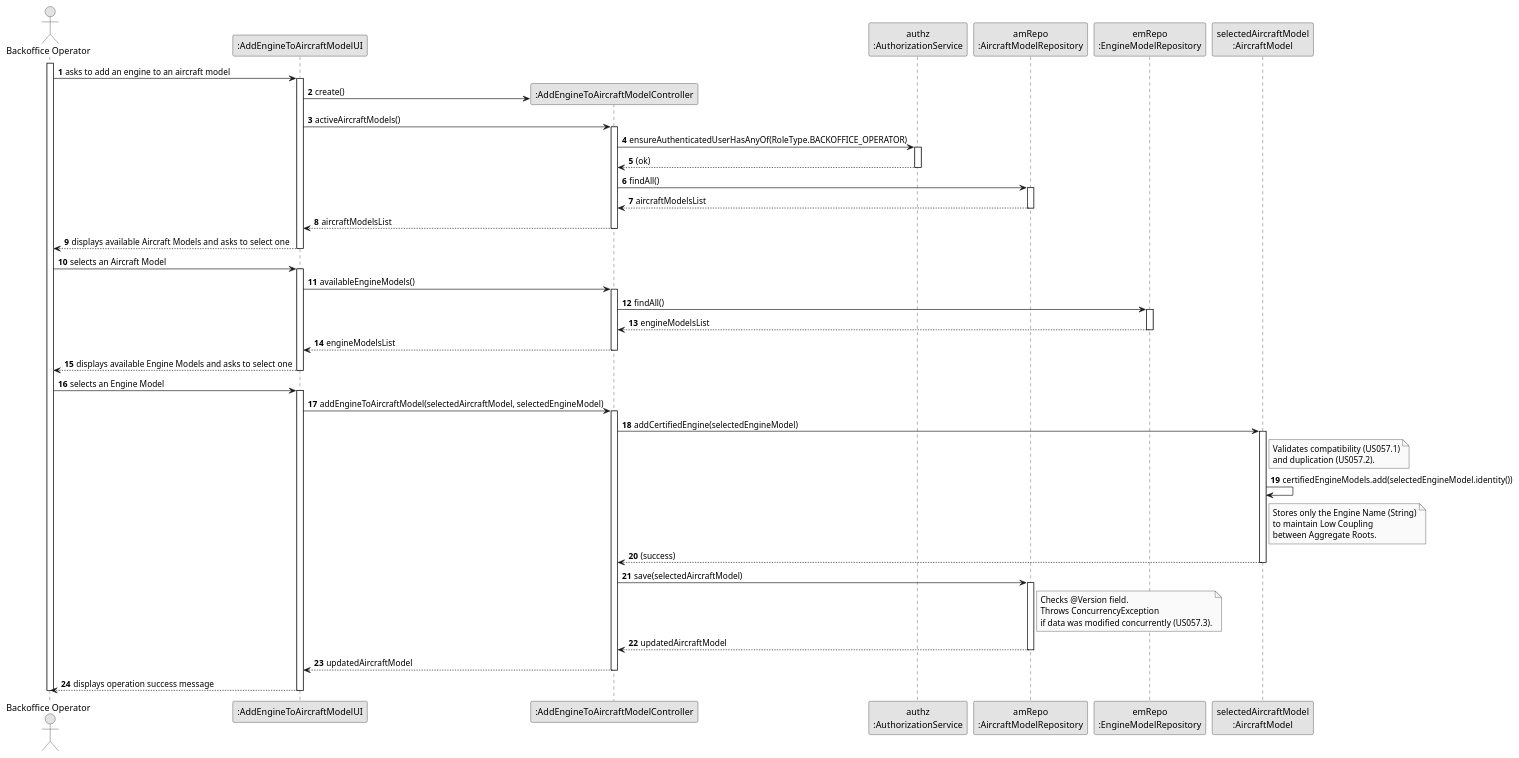
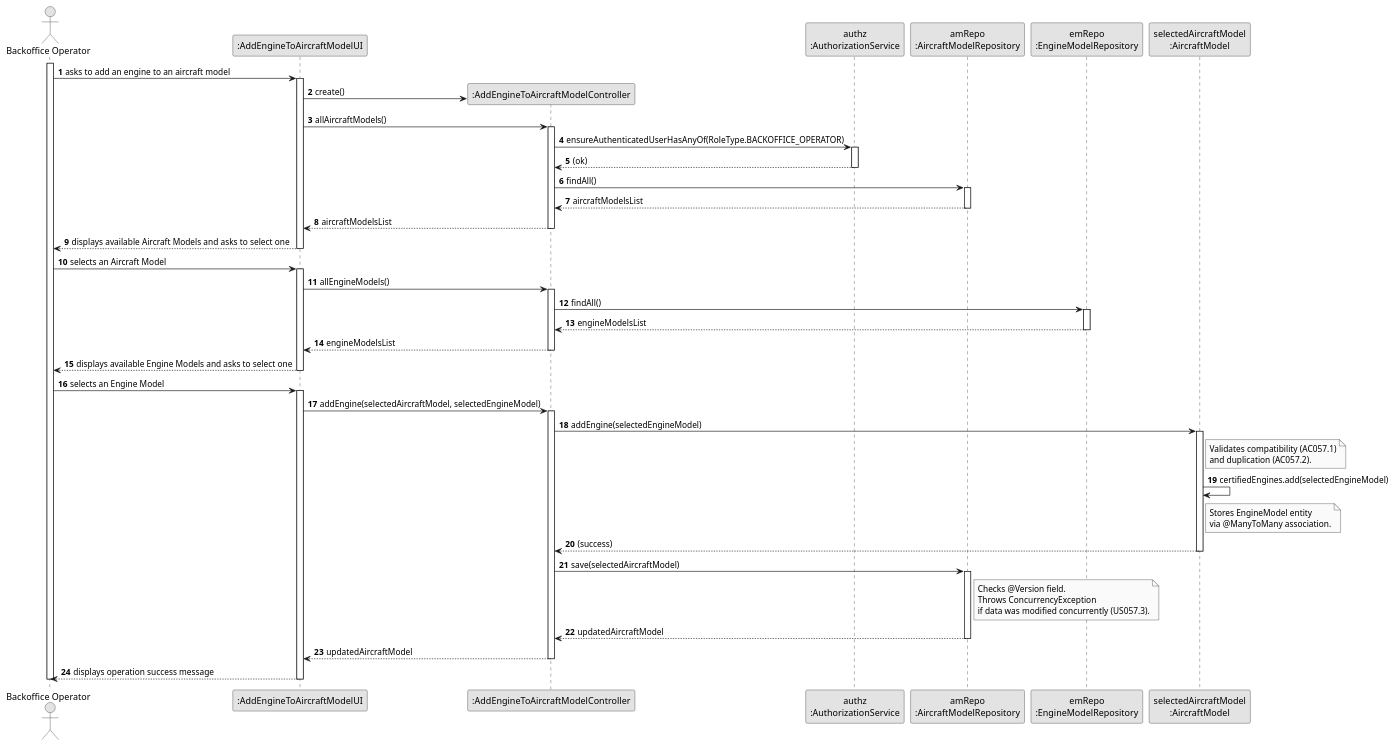
One commit to brunodspinto/aisafe changed the diagram in aisafe.base/docs/user-stories/us057/puml/US057-SD.puml. Above: the diagram before and after it, drawn with PlantUML. The commit also changed 5 other files, not shown here.

Commit message:
#28 US057 - refactor: rename engine-related methods and update domain model for AircraftModel and EngineModel

```diff
--- a/aisafe.base/docs/user-stories/us057/puml/US057-SD.puml
+++ b/aisafe.base/docs/user-stories/us057/puml/US057-SD.puml
@@ -1,89 +1,89 @@
 @startuml
 skinparam monochrome true
 skinparam packageStyle rectangle
 skinparam shadowing false
 
 autonumber
 actor "Backoffice Operator" as BOP
 
 participant ":AddEngineToAircraftModelUI" as UI
 participant ":AddEngineToAircraftModelController" as CTRL
 participant "authz\n:AuthorizationService" as AUTHZ
 participant "amRepo\n:AircraftModelRepository" as AMREPO
 participant "emRepo\n:EngineModelRepository" as EMREPO
 participant "selectedAircraftModel\n:AircraftModel" as AM
 
 activate BOP
 BOP -> UI : asks to add an engine to an aircraft model
 activate UI
 
 UI -> CTRL** : create()
-UI -> CTRL : activeAircraftModels()
+UI -> CTRL : allAircraftModels()
 activate CTRL
 
 CTRL -> AUTHZ : ensureAuthenticatedUserHasAnyOf(RoleType.BACKOFFICE_OPERATOR)
 activate AUTHZ
 AUTHZ --> CTRL : (ok)
 deactivate AUTHZ
 
 CTRL -> AMREPO : findAll()
 activate AMREPO
 AMREPO --> CTRL : aircraftModelsList
 deactivate AMREPO
 
 CTRL --> UI : aircraftModelsList
 deactivate CTRL
 
 UI --> BOP : displays available Aircraft Models and asks to select one
 deactivate UI
 
 BOP -> UI : selects an Aircraft Model
 activate UI
 
-UI -> CTRL : availableEngineModels()
+UI -> CTRL : allEngineModels()
 activate CTRL
 
 CTRL -> EMREPO : findAll()
 activate EMREPO
 EMREPO --> CTRL : engineModelsList
 deactivate EMREPO
 
 CTRL --> UI : engineModelsList
 deactivate CTRL
 
 UI --> BOP : displays available Engine Models and asks to select one
 deactivate UI
 
 BOP -> UI : selects an Engine Model
 activate UI
 
-UI -> CTRL : addEngineToAircraftModel(selectedAircraftModel, selectedEngineModel)
+UI -> CTRL : addEngine(selectedAircraftModel, selectedEngineModel)
 activate CTRL
 
 
-CTRL -> AM : addCertifiedEngine(selectedEngineModel)
+CTRL -> AM : addEngine(selectedEngineModel)
 activate AM
 
-note right of AM: Validates compatibility (US057.1)\nand duplication (US057.2).
+note right of AM: Validates compatibility (AC057.1)\nand duplication (AC057.2).
 
-AM -> AM : certifiedEngineModels.add(selectedEngineModel.identity())
-note right of AM: Stores only the Engine Name (String)\nto maintain Low Coupling\nbetween Aggregate Roots.
+AM -> AM : certifiedEngines.add(selectedEngineModel)
+note right of AM: Stores EngineModel entity\nvia @ManyToMany association.
 
 AM --> CTRL : (success)
 deactivate AM
 
 
 CTRL -> AMREPO : save(selectedAircraftModel)
 activate AMREPO
 note right of AMREPO: Checks @Version field.\nThrows ConcurrencyException\nif data was modified concurrently (US057.3).
 AMREPO --> CTRL : updatedAircraftModel
 deactivate AMREPO
 
 CTRL --> UI : updatedAircraftModel
 deactivate CTRL
 
 UI --> BOP : displays operation success message
 deactivate UI
 deactivate BOP
 
 @enduml
```
